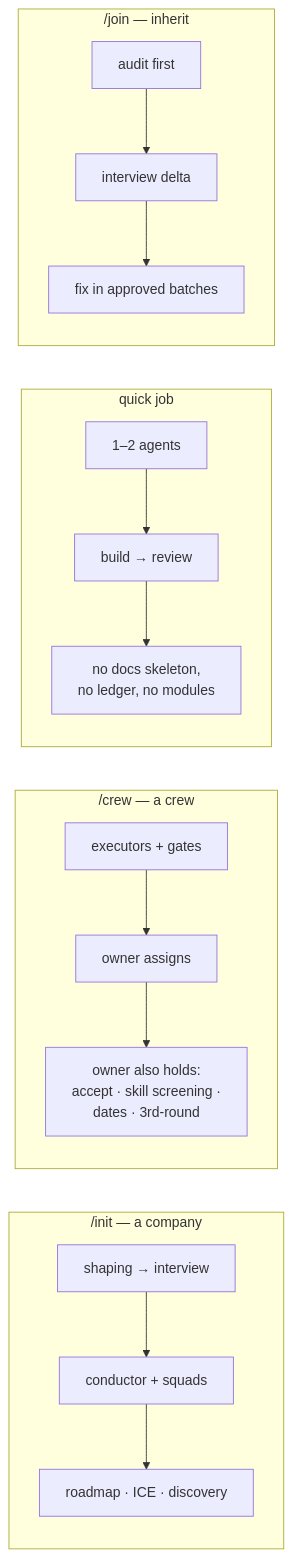
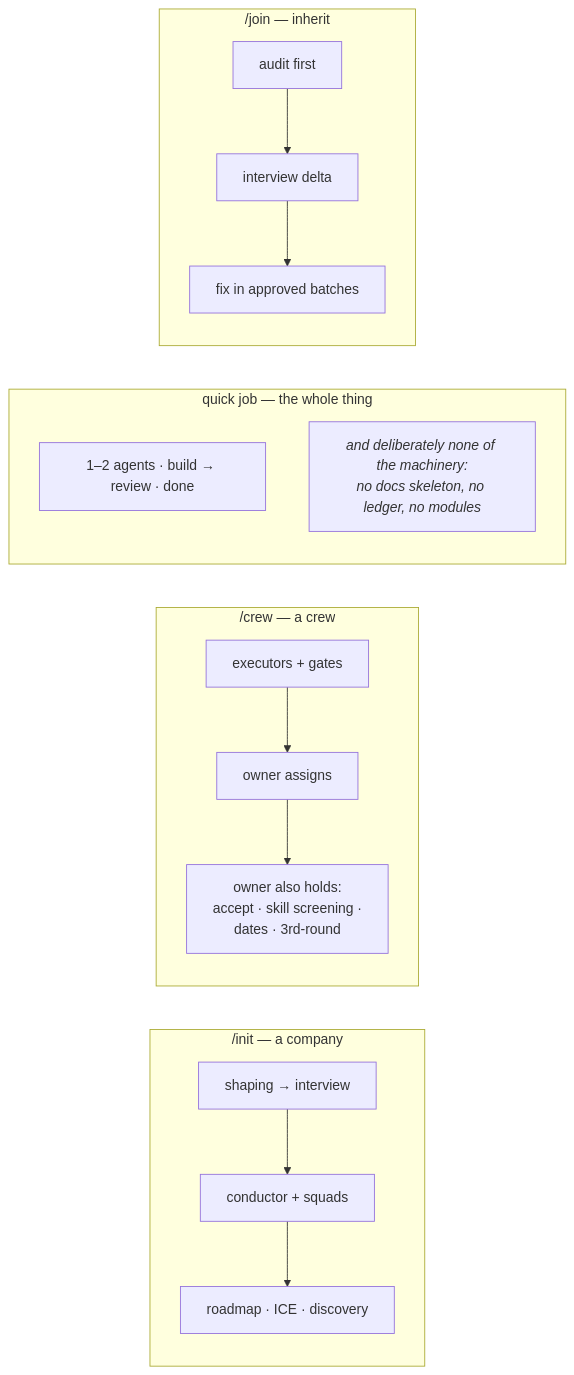
One commit to jamillazarev/multica-ops changed the second of 8 diagrams in WORKFLOW.md. Above: the diagram before and after it, drawn with Mermaid. The commit also changed other lines of this file and 22 other files, not shown here.

````diff
--- a/WORKFLOW.md
+++ b/WORKFLOW.md
@@ -42,15 +42,16 @@
 ```mermaid
 flowchart LR
     subgraph INIT["/init — a company"]
         I1["shaping → interview"] --> I2["conductor + squads"] --> I3["roadmap · ICE · discovery"]
     end
     subgraph CREW["/crew — a crew"]
         C1["executors + gates"] --> C2["owner assigns"] --> C3["owner also holds:<br/>accept · skill screening ·<br/>dates · 3rd-round"]
     end
-    subgraph QJ["quick job"]
-        J1["1–2 agents"] --> J2["build → review"] --> J3["no docs skeleton,<br/>no ledger, no modules"]
+    subgraph QJ["quick job — the whole thing"]
+        J1["1–2 agents · build → review · done"]
+        J2["<i>and deliberately none of the machinery:<br/>no docs skeleton, no ledger, no modules</i>"]
     end
     subgraph JOIN["/join — inherit"]
         N1["audit first"] --> N2["interview delta"] --> N3["fix in approved batches"]
     end
 ```
````
